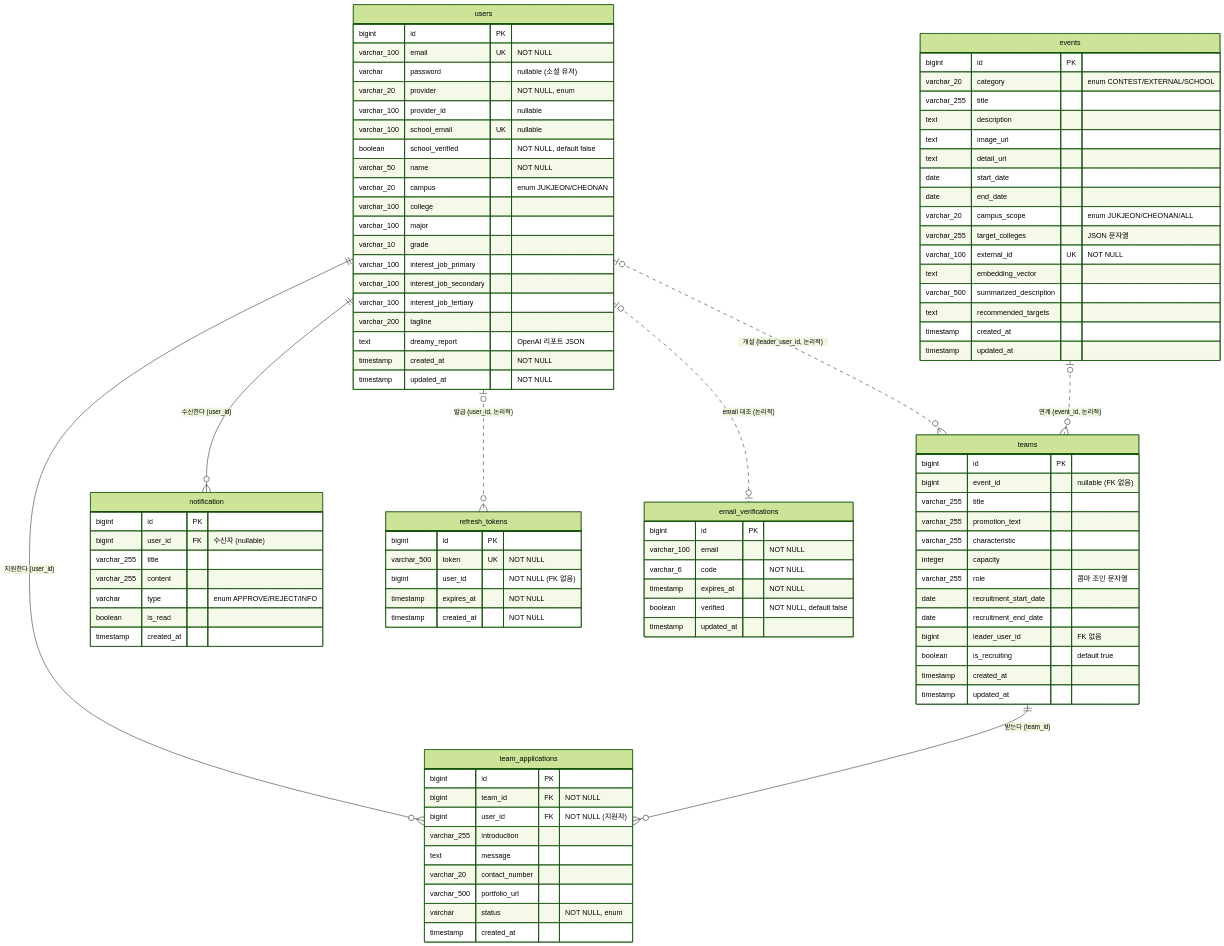
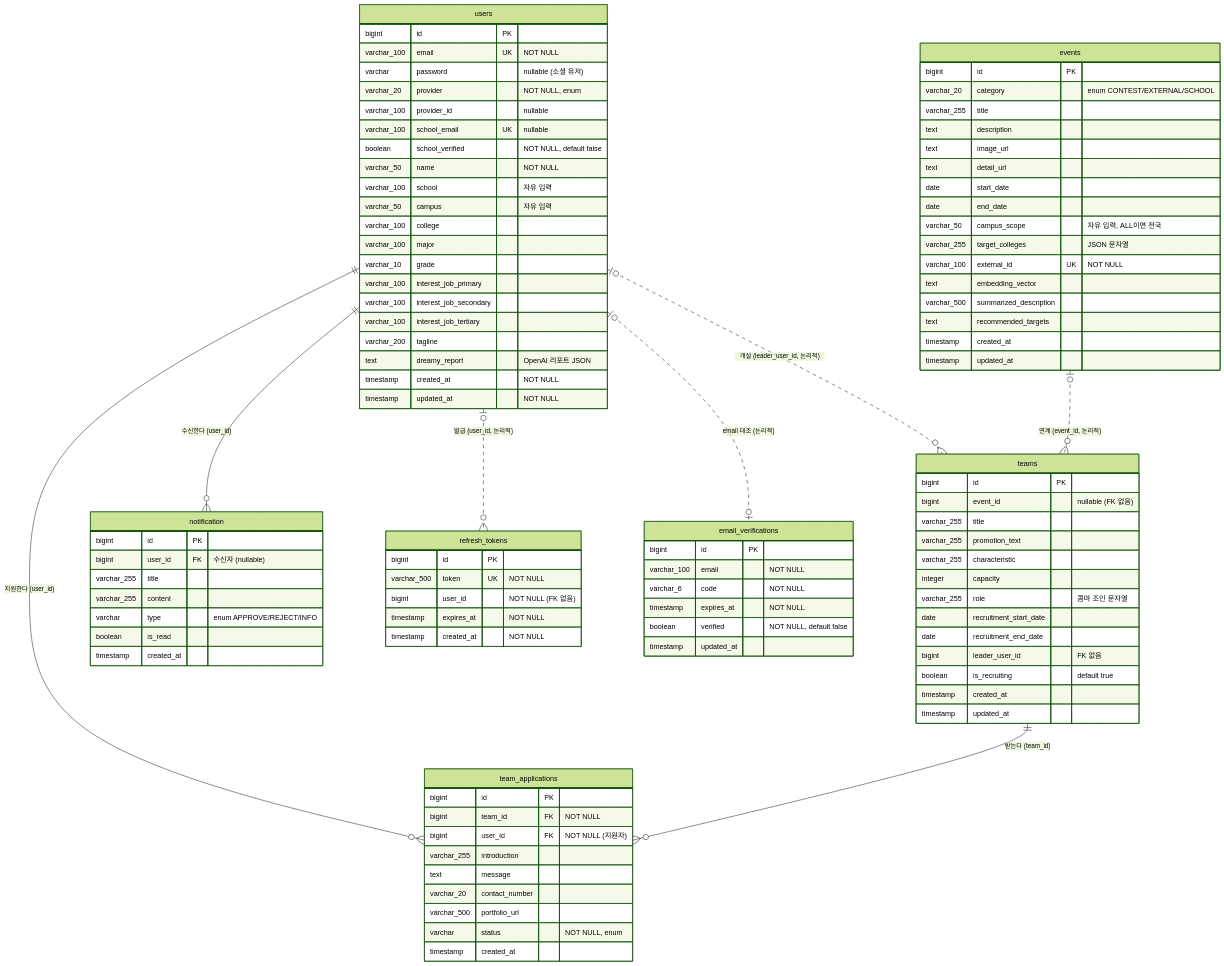
One commit to eagleindesert/mateon-backend changed the diagram in docs/schema-db.md. Above: the diagram before and after it, drawn with Mermaid (forest theme). The commit also changed other lines of this file and 14 other files, not shown here.

```diff
--- a/docs/schema-db.md
+++ b/docs/schema-db.md
@@ -33,7 +34,8 @@
         varchar_100 school_email UK "nullable"
         boolean school_verified "NOT NULL, default false"
         varchar_50 name "NOT NULL"
-        varchar_20 campus "enum JUKJEON/CHEONAN"
+        varchar_100 school "자유 입력"
+        varchar_50 campus "자유 입력"
         varchar_100 college
         varchar_100 major
         varchar_10 grade
@@ -72,7 +74,7 @@
         text detail_url
         date start_date
         date end_date
-        varchar_20 campus_scope "enum JUKJEON/CHEONAN/ALL"
+        varchar_50 campus_scope "자유 입력, ALL이면 전국"
         varchar_255 target_colleges "JSON 문자열"
         varchar_100 external_id UK "NOT NULL"
         text embedding_vector
```
